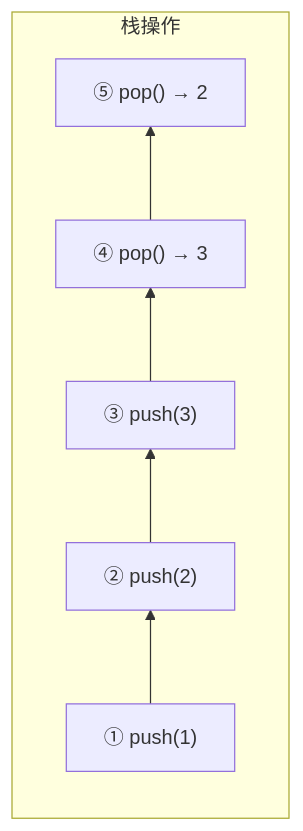
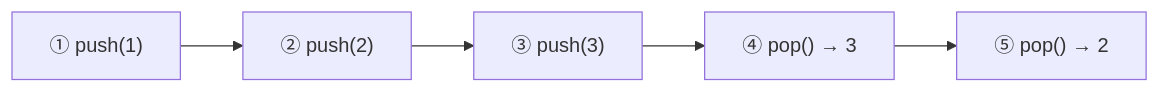
Before and after one commit to hantaikeju/hantaikeju.github.io: the first of 3 diagrams in content/rust/stack-heap.md, drawn with Mermaid. The commit also changed 55 other files, not shown here.

Commit message:
【新增】--图形显示

````diff
--- a/content/rust/stack-heap.md
+++ b/content/rust/stack-heap.md
@@ -26,8 +26,5 @@
 ```mermaid
-flowchart TB
-    subgraph 栈操作
-        direction BT
-        A["① push(1)"] --> B["② push(2)"] --> C["③ push(3)"]
-        C --> D["④ pop() → 3"] --> E["⑤ pop() → 2"]
-    end
+flowchart LR
+    A["① push(1)"] --> B["② push(2)"] --> C["③ push(3)"]
+    C --> D["④ pop() → 3"] --> E["⑤ pop() → 2"]
 ```
````
